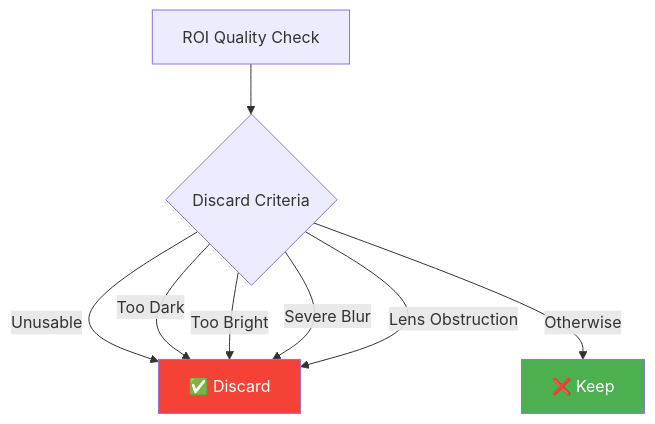
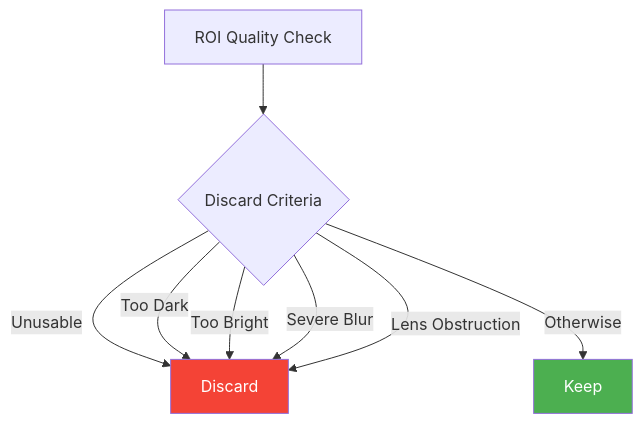
Before and after one commit to SITES-spectral/phenocai: the tenth of 19 diagrams in docs/workflow_prediction.md, drawn with Mermaid. The commit also changed other lines of this file and 22 other files, not shown here.

````diff
--- a/docs/workflow_prediction.md
+++ b/docs/workflow_prediction.md
@@ -180,13 +180,13 @@
 ```mermaid
 graph TD
     A[ROI Quality Check] --> B{Discard Criteria}
-    B -->|Unusable| C[✅ Discard]
+    B -->|Unusable| C[Discard]
     B -->|Too Dark| C
     B -->|Too Bright| C
     B -->|Severe Blur| C
     B -->|Lens Obstruction| C
-    B -->|Otherwise| D[❌ Keep]
+    B -->|Otherwise| D[Keep]
     
     style C fill:#f44336,color:#fff
     style D fill:#4caf50,color:#fff
 ```
````
